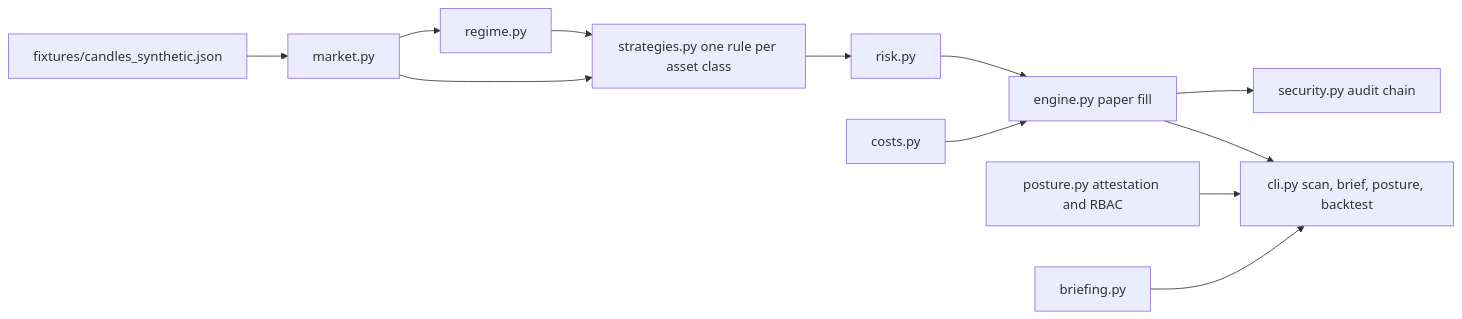
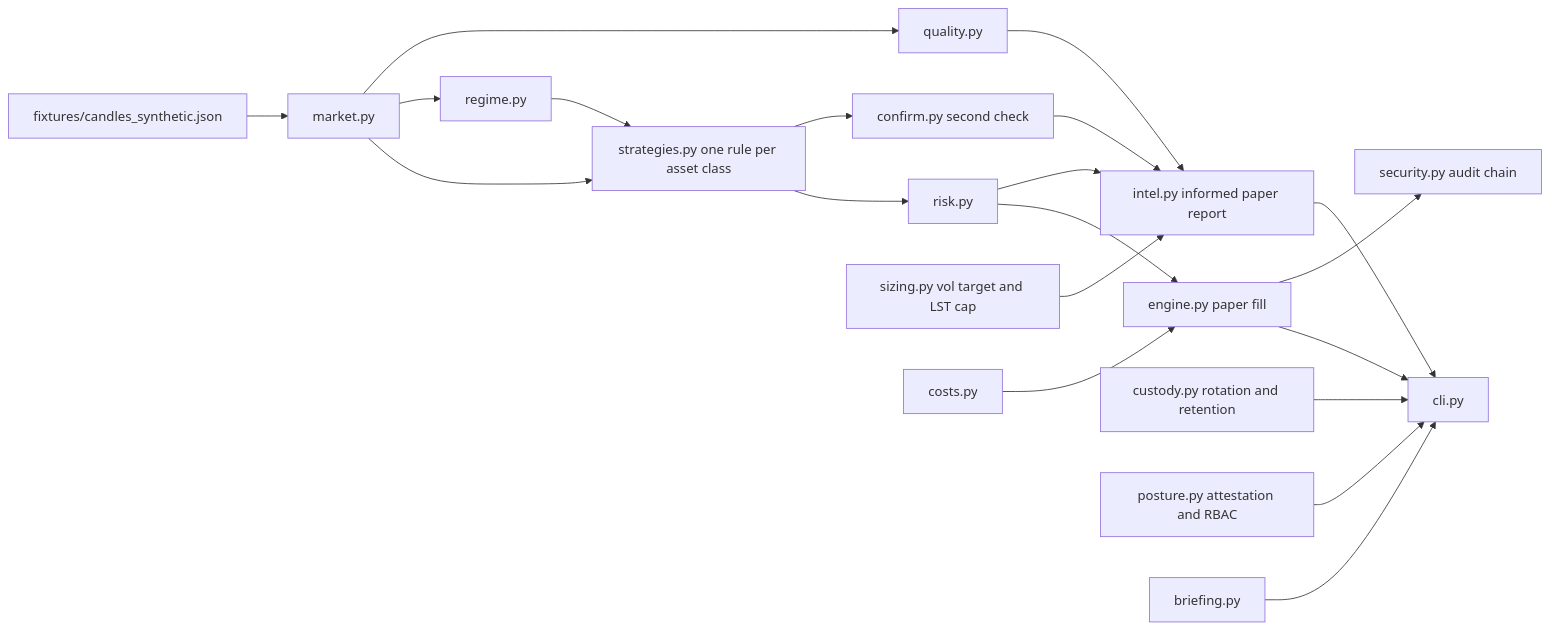
Before and after one commit to kkzee92/aixtech-crypto-intel: the diagram in docs/architecture.md, drawn with Mermaid. The commit also changed other lines of this file and 17 other files, not shown here.

````diff
--- a/docs/architecture.md
+++ b/docs/architecture.md
@@ -3,14 +3,22 @@
 ```mermaid
 flowchart LR
     FX["fixtures/candles_synthetic.json"] --> M["market.py"]
+    M --> Q["quality.py"]
     M --> RG["regime.py"]
     M --> ST["strategies.py one rule per asset class"]
     RG --> ST
+    ST --> CF["confirm.py second check"]
     ST --> RK["risk.py"]
+    CF --> IN["intel.py informed paper report"]
+    Q --> IN
+    RK --> IN
+    SZ["sizing.py vol target and LST cap"] --> IN
     CS["costs.py"] --> EN["engine.py paper fill"]
     RK --> EN
     EN --> AU["security.py audit chain"]
-    PS["posture.py attestation and RBAC"] --> CLI["cli.py scan, brief, posture, backtest"]
+    CU["custody.py rotation and retention"] --> CLI["cli.py"]
+    PS["posture.py attestation and RBAC"] --> CLI
+    IN --> CLI
     EN --> CLI
     BR["briefing.py"] --> CLI
 ```
````
